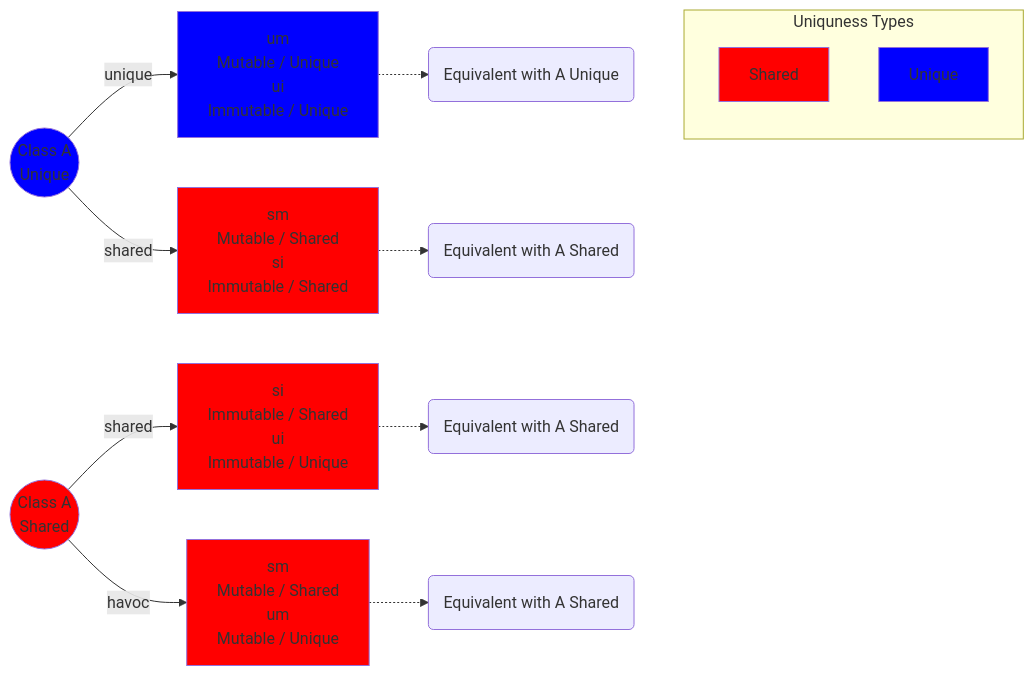
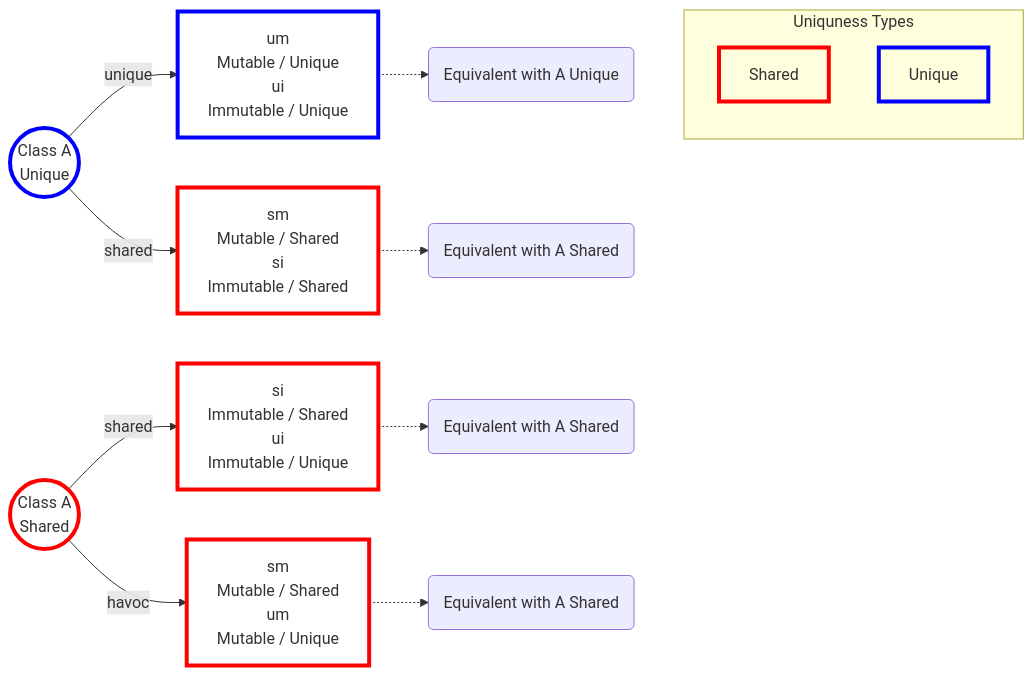
One commit to jesyspa/snakt-design changed the first of 2 diagrams in Design/folding-unfolding.md. Above: the diagram before and after it, drawn with Mermaid. The commit also changed other lines of this file, not shown here.

````diff
--- a/Design/folding-unfolding.md
+++ b/Design/folding-unfolding.md
@@ -33,56 +34,56 @@
 ```mermaid
 graph LR
     A_u((Class A <br/> Unique)) -- unique --> B_um_ui["um<br/>Mutable / Unique <br/> ui<br/>Immutable / Unique"]
 
     A_s((Class A <br/> Shared)) -- shared --> Bb_si_ui["si<br/>Immutable / Shared <br/> ui<br/>Immutable / Unique"]
     A_s -- havoc --> Bb_sm_um["sm<br/>Mutable / Shared <br/> um<br/>Mutable / Unique"]
 
 
     B_um_ui -.-> info23("Equivalent with A Unique")
 
 
 
     A_u -- shared --> B_sm_si["sm<br/>Mutable / Shared <br/>si<br/>Immutable / Shared"]
 
     Bb_si_ui -.-> info5(Equivalent with A Shared)
     Bb_sm_um -.-> info6(Equivalent with A Shared)
     B_sm_si -.-> info4(Equivalent with A Shared)
         subgraph Legend ["Uniquness Types"]
                 direction TB
             Shared["Shared"]
             Unique["Unique"]
     end
 
     %% ANCHOR THE LEGEND
     %% Use ~~~ for an invisible link to Class A to keep it nearby
     info23 ~~~ Legend
 
 
 
-classDef unique fill:blue
-classDef shared fill:red
+classDef unique fill:none,stroke:blue,stroke-width:4px
+classDef shared fill:none,stroke:red,stroke-width:4px
 
 class Shared shared
 class Unique unique
 class A_u unique
 class A_s shared
 class B_um_ui unique
 class C_um_ui unique
 class B_sm shared
 class C_sm shared
 class C_si shared
 class B_si shared
 class B_sm_si shared
 %% class C_um_sm shared
 %% class C_ui_si shared
 class D1 shared
 class D9 shared
 class D10 shared
 class Bb_si shared
 class Bb_ui shared
 class Bb_sm shared
 class Bb_um shared
 class Bb_si_ui shared
 class Bb_sm_um shared
 
 ```
````
